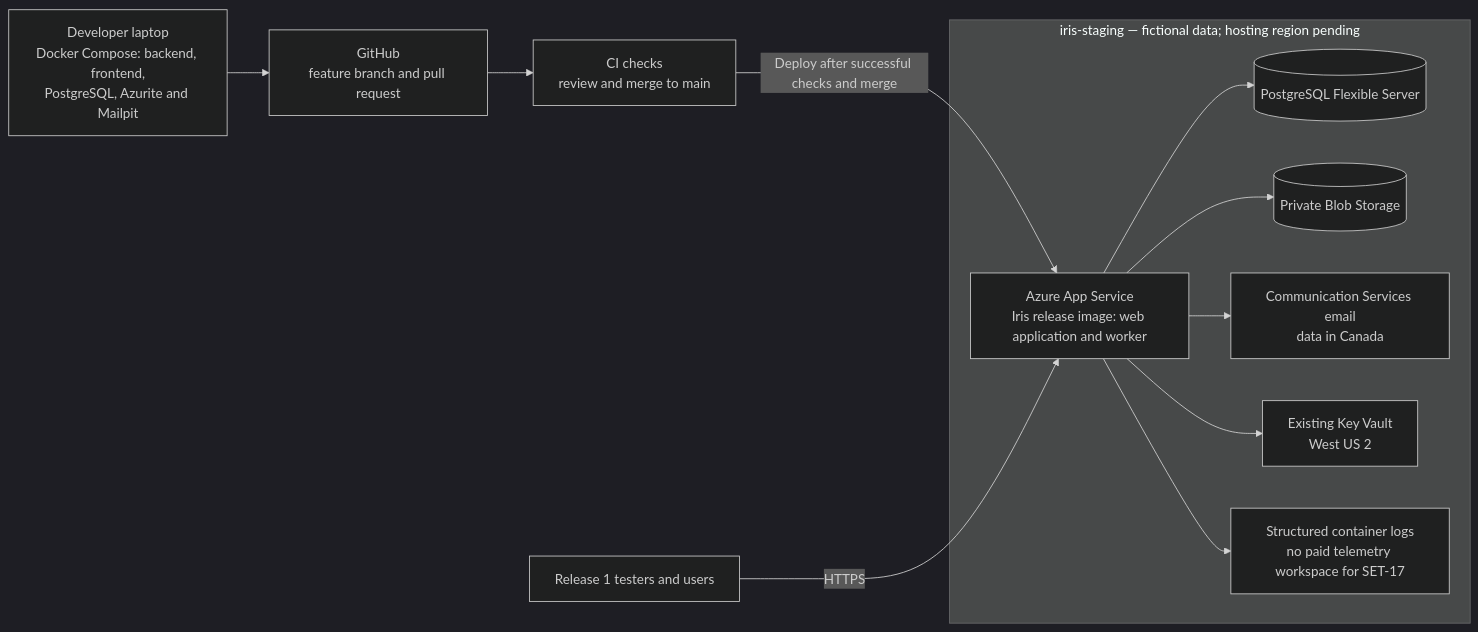
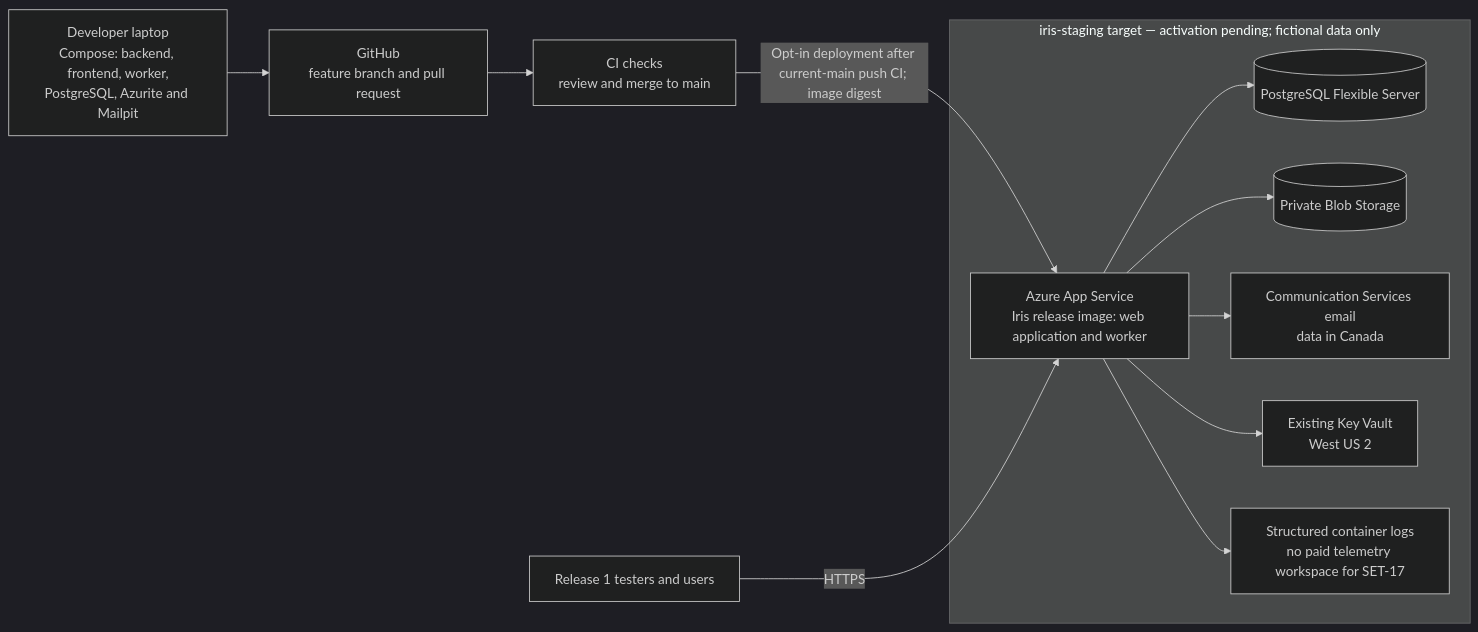
Before and after one commit to B-A-D-R-SL/iris: the fifth of 5 diagrams in docs/04-architecture/architecture.md, drawn with Mermaid (dark theme). The commit also changed other lines of this file and 9 other files, not shown here.

Commit message:
SET-21 docs(architecture): reconcile Release 1 documentation with implementation

````diff
--- a/docs/04-architecture/architecture.md
+++ b/docs/04-architecture/architecture.md
@@ -391,28 +563,28 @@
 ```mermaid
 
 flowchart LR
-    Dev["Developer laptop<br/>Docker Compose: backend, frontend,<br/>PostgreSQL, Azurite and Mailpit"]
+    Dev["Developer laptop<br/>Compose: backend, frontend, worker,<br/>PostgreSQL, Azurite and Mailpit"]
     Git["GitHub<br/>feature branch and pull request"]
     CI["CI checks<br/>review and merge to main"]
 
-    subgraph Stage["iris-staging — fictional data; hosting region pending"]
+    subgraph Stage["iris-staging target — activation pending; fictional data only"]
         App["Azure App Service<br/>Iris release image: web application and worker"]
         DB[("PostgreSQL Flexible Server")]
         Blob[("Private Blob Storage")]
         Mail["Communication Services email<br/>data in Canada"]
         Vault["Existing Key Vault<br/>West US 2"]
         Logs["Structured container logs<br/>no paid telemetry workspace for SET-17"]
     end
 
     Users["Release 1 testers and users"]
 
     Dev --> Git
     Git --> CI
-    CI -->|"Deploy after successful checks and merge"| App
+    CI -->|"Opt-in deployment after current-main push CI; image digest"| App
     Users -->|"HTTPS"| App
     App --> DB
     App --> Blob
     App --> Mail
     App --> Vault
     App --> Logs
 ```
````
